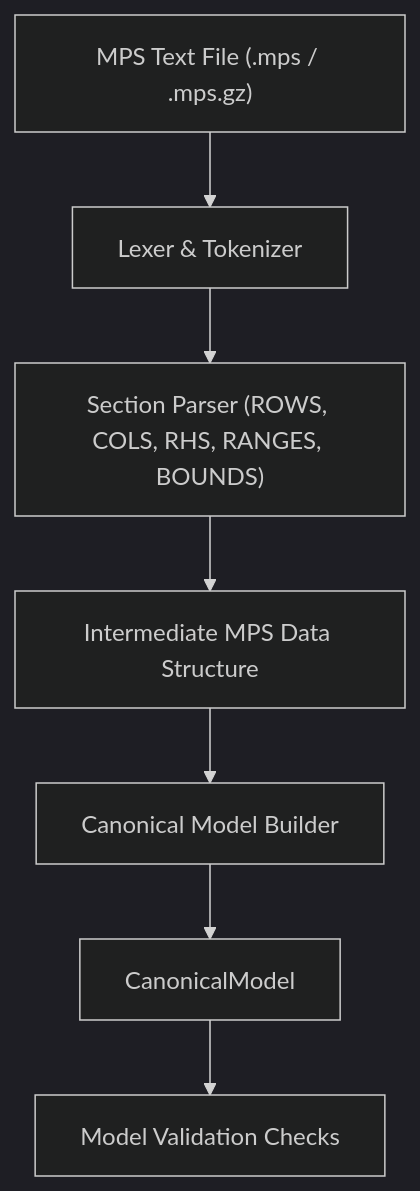
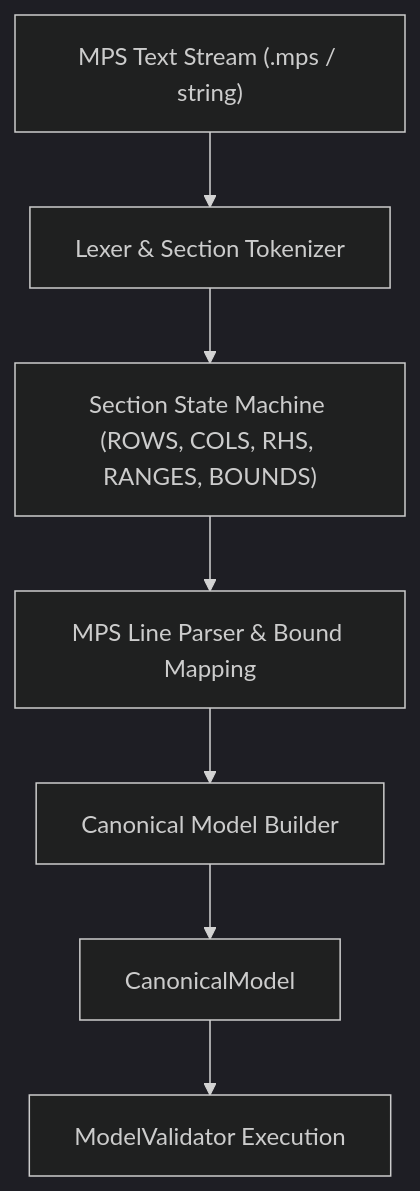
One commit to Uni-coder-harsh/Xenith changed the diagram in docs/input/mps_design.md. Above: the diagram before and after it, drawn with Mermaid (dark theme). The commit also changed other lines of this file and 21 other files, not shown here.

Commit message:
feat(phase2): implement MpsReader parser, section tokenization, bound mapping, integer markers, and equivalence tests

````diff
--- a/docs/input/mps_design.md
+++ b/docs/input/mps_design.md
@@ -23,9 +24,9 @@
 ```mermaid
 flowchart TD
-    A["MPS Text File (.mps / .mps.gz)"] --> B["Lexer & Tokenizer"]
-    B --> C["Section Parser (ROWS, COLS, RHS, RANGES, BOUNDS)"]
-    C --> D["Intermediate MPS Data Structure"]
+    A["MPS Text Stream (.mps / string)"] --> B["Lexer & Section Tokenizer"]
+    B --> C["Section State Machine (ROWS, COLS, RHS, RANGES, BOUNDS)"]
+    C --> D["MPS Line Parser & Bound Mapping"]
     D --> E["Canonical Model Builder"]
     E --> F["CanonicalModel"]
-    F --> G["Model Validation Checks"]
+    F --> G["ModelValidator Execution"]
 ```
````
